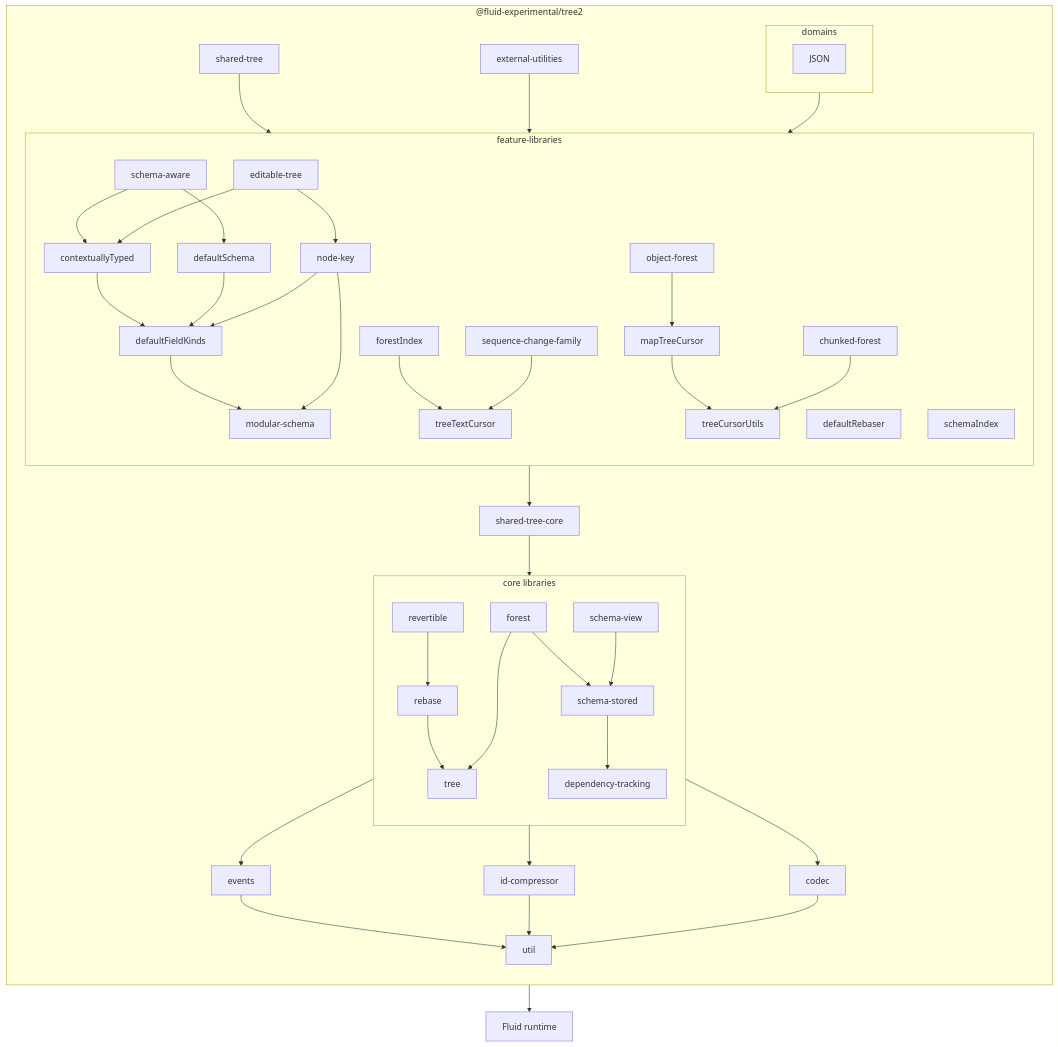
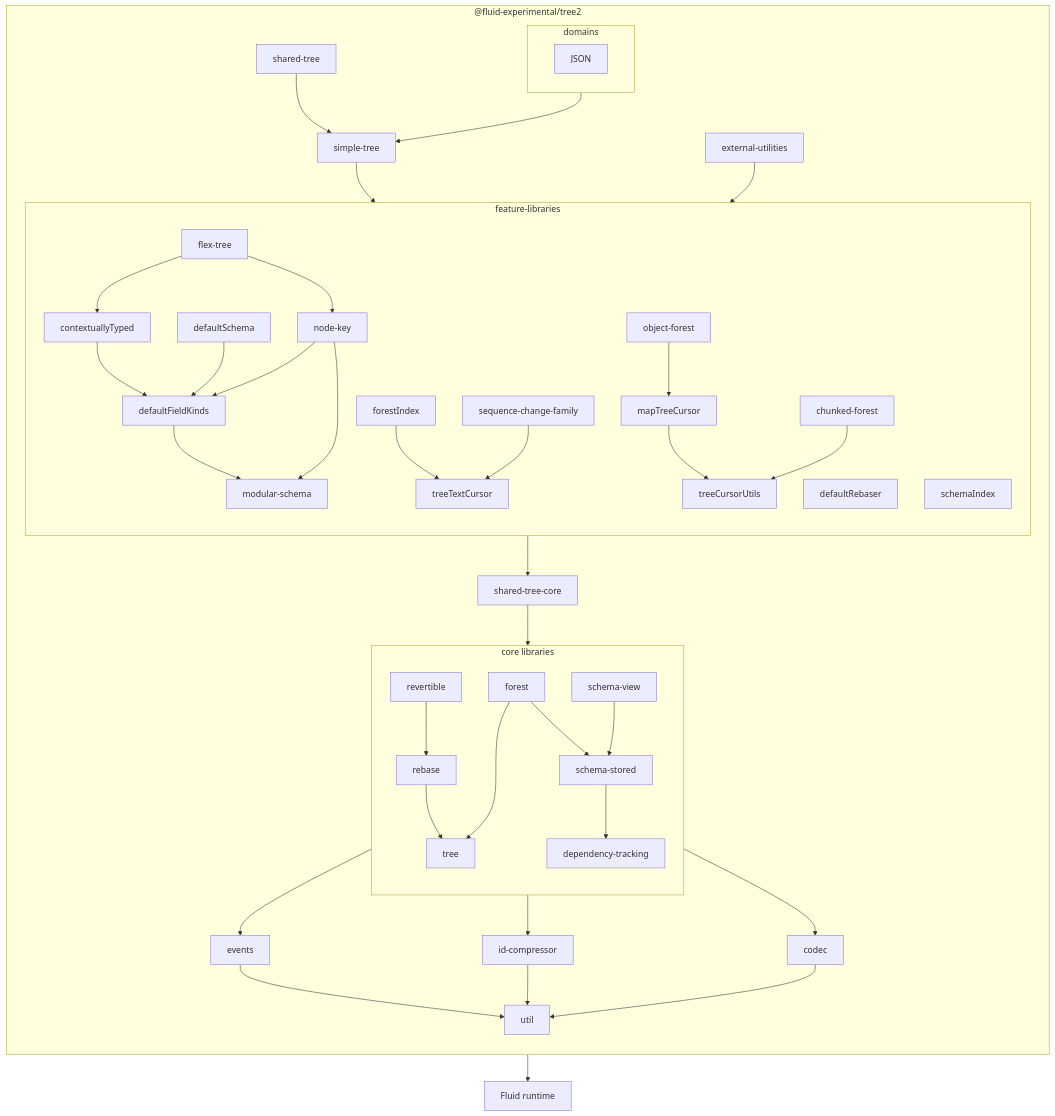
Before and after one commit to microsoft/FluidFramework: the sixth of 6 diagrams in experimental/dds/tree2/README.md, drawn with Mermaid.

````diff
--- a/experimental/dds/tree2/README.md
+++ b/experimental/dds/tree2/README.md
@@ -336,48 +336,47 @@
 ```mermaid
 flowchart
     direction TB
     subgraph package ["@fluid-experimental/tree2"]
         direction TB
         subgraph core ["core libraries"]
             direction TB
             schema-view
             forest-->schema-stored
             rebase-->tree
             schema-stored-->dependency-tracking
             schema-view-->schema-stored
             dependency-tracking
             forest-->tree
             revertible-->rebase
         end
         core-->events-->util
         core-->id-compressor-->util
         core-->codec-->util
         feature-->shared-tree-core
         shared-tree-core-->core
-        shared-tree-->feature
+        shared-tree-->simple-tree
+        simple-tree-->feature
         external-utilities-->feature
         subgraph feature ["feature-libraries"]
             direction TB
-            schema-aware-->defaultSchema
-            schema-aware-->contextuallyTyped
-            editable-tree-->contextuallyTyped
-            editable-tree-->node-key
+            flex-tree-->contextuallyTyped
+            flex-tree-->node-key
             defaultRebaser
             contextuallyTyped-->defaultFieldKinds
             defaultSchema-->defaultFieldKinds-->modular-schema
             forestIndex-->treeTextCursor
             modular-schema
             node-key-->modular-schema
             node-key-->defaultFieldKinds
             object-forest-->mapTreeCursor-->treeCursorUtils
             chunked-forest-->treeCursorUtils
             schemaIndex
             sequence-change-family-->treeTextCursor
         end
         subgraph domains
             JSON
         end
-        domains-->feature
+        domains-->simple-tree
     end
     package-->runtime["Fluid runtime"]
 ```
````
